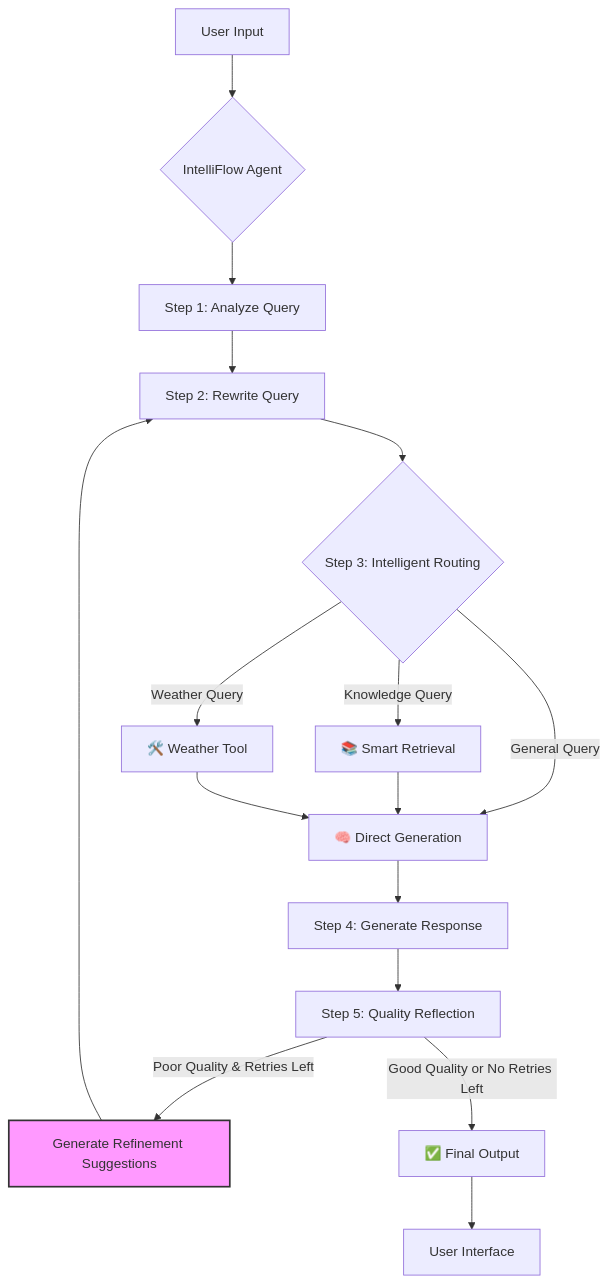
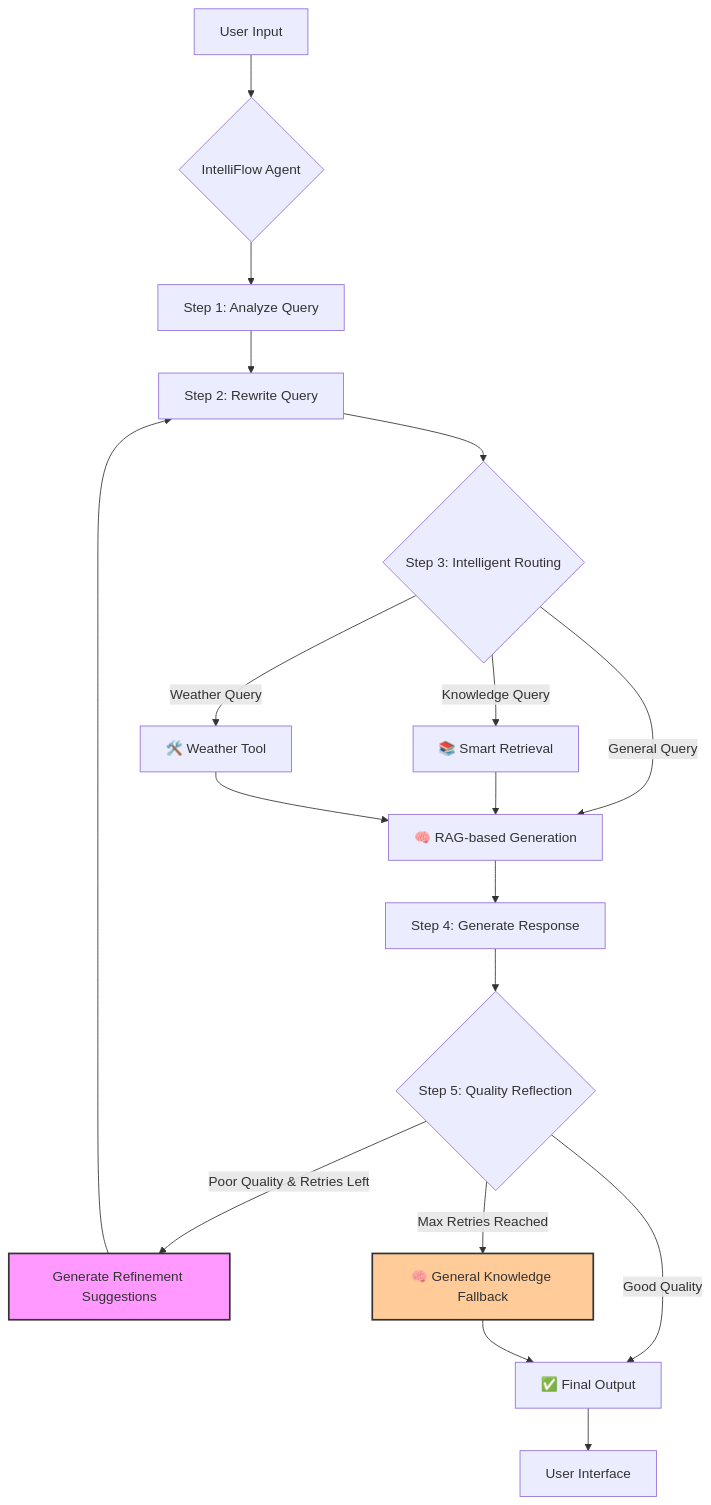
Before and after one commit to shuyunli23/IntelliFlow: the diagram in README.md, drawn with Mermaid. The commit also changed 9 other files, not shown here.

````diff
--- a/README.md
+++ b/README.md
@@ -46,20 +46,23 @@
 ```mermaid
 graph TD
     A[User Input] --> B{IntelliFlow Agent};
     B --> C[Step 1: Analyze Query];
     C --> D[Step 2: Rewrite Query];
     D --> E{Step 3: Intelligent Routing};
     E -- Knowledge Query --> F[📚 Smart Retrieval];
     E -- Weather Query --> G[🛠️ Weather Tool];
-    E -- General Query --> H[🧠 Direct Generation];
+    E -- General Query --> H[🧠 RAG-based Generation];
     F --> H;
     G --> H;
     H --> I[Step 4: Generate Response];
-    I --> J[Step 5: Quality Reflection];
+    I --> J{Step 5: Quality Reflection};
     J -- Poor Quality & Retries Left --> K[Generate Refinement Suggestions];
     K --> D;
-    J -- Good Quality or No Retries Left --> L[✅ Final Output];
+    J -- Max Retries Reached --> N[🧠 General Knowledge Fallback];
+    J -- Good Quality --> L[✅ Final Output];
+    N --> L;
     L --> M[User Interface];
 
     style K fill:#f9f,stroke:#333,stroke-width:2px
+    style N fill:#ffcc99,stroke:#333,stroke-width:2px
 ```
````
